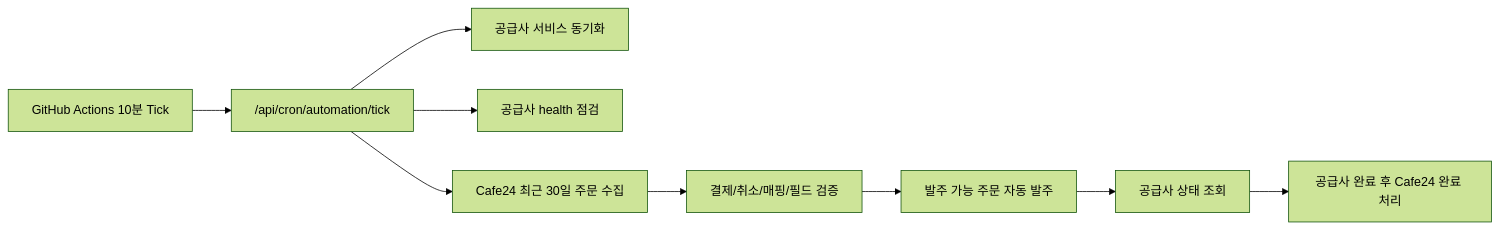
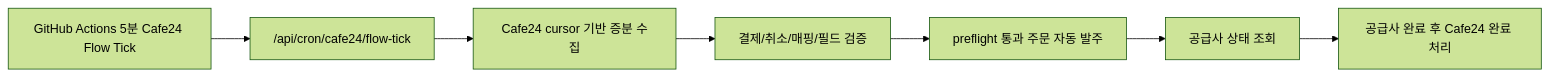
One commit to jeongwonho/smmproject changed the diagram in docs/order-automation-stability-plan.md. Above: the diagram before and after it, drawn with Mermaid (forest theme). The commit also changed other lines of this file and 41 other files, not shown here.

Commit message:
Add Cafe24 five minute flow tick

````diff
--- a/docs/order-automation-stability-plan.md
+++ b/docs/order-automation-stability-plan.md
@@ -7,11 +7,9 @@
 ```mermaid
 flowchart LR
-    A["GitHub Actions 10분 Tick"] --> B["/api/cron/automation/tick"]
-    B --> C["공급사 서비스 동기화"]
-    B --> D["공급사 health 점검"]
-    B --> E["Cafe24 최근 30일 주문 수집"]
-    E --> F["결제/취소/매핑/필드 검증"]
-    F --> G["발주 가능 주문 자동 발주"]
-    G --> H["공급사 상태 조회"]
-    H --> I["공급사 완료 후 Cafe24 완료 처리"]
+    A["GitHub Actions 5분 Cafe24 Flow Tick"] --> B["/api/cron/cafe24/flow-tick"]
+    B --> C["Cafe24 cursor 기반 증분 수집"]
+    C --> D["결제/취소/매핑/필드 검증"]
+    D --> E["preflight 통과 주문 자동 발주"]
+    E --> F["공급사 상태 조회"]
+    F --> G["공급사 완료 후 Cafe24 완료 처리"]
 ```
````
